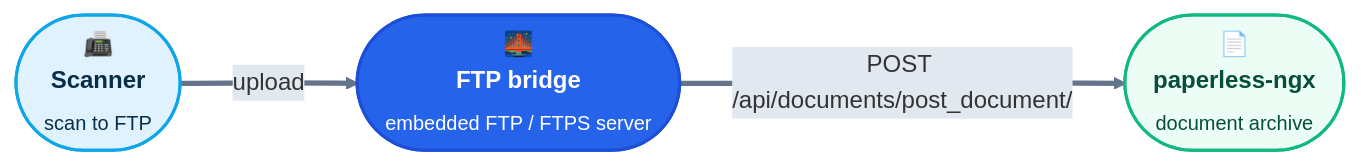
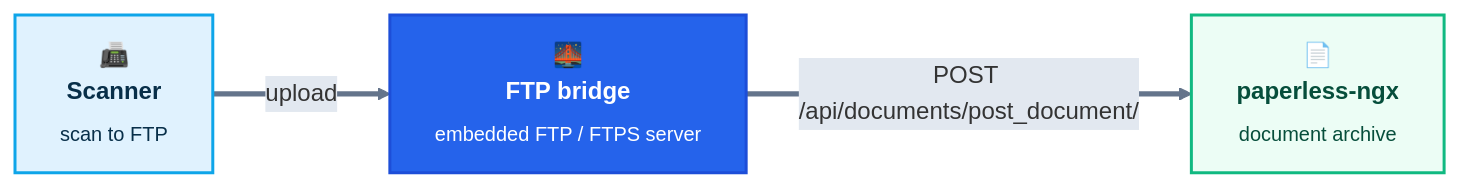
One commit to taskmedia/paperlessngx-ftp-bridge changed the diagram in README.md. Above: the diagram before and after it, drawn with Mermaid.

Commit message:
docs: use rectangle nodes in readme diagram

````diff
--- a/README.md
+++ b/README.md
@@ -21,17 +21,17 @@
 ```mermaid
 %%{init: {"theme": "base", "themeVariables": {"fontFamily": "ui-sans-serif, system-ui, sans-serif", "lineColor": "#64748b", "textColor": "#0f172a", "edgeLabelBackground": "#e2e8f0"}, "flowchart": {"curve": "basis", "nodeSpacing": 50, "rankSpacing": 70}}}%%
 flowchart LR
-    scanner(["📠<br/><b>Scanner</b><br/><sub>scan to FTP</sub>"])
-    bridge(["🌉<br/><b>FTP bridge</b><br/><sub>embedded FTP / FTPS server</sub>"])
-    paperless(["📄<br/><b>paperless-ngx</b><br/><sub>document archive</sub>"])
+    scanner["📠<br/><b>Scanner</b><br/><sub>scan to FTP</sub>"]
+    bridge["🌉<br/><b>FTP bridge</b><br/><sub>embedded FTP / FTPS server</sub>"]
+    paperless["📄<br/><b>paperless-ngx</b><br/><sub>document archive</sub>"]
 
     scanner ==>|"upload"| bridge
     bridge ==>|"POST /api/documents/post_document/"| paperless
 
     classDef edge fill:#e0f2fe,stroke:#0ea5e9,stroke-width:2px,color:#082f49
     classDef core fill:#2563eb,stroke:#1d4ed8,stroke-width:2px,color:#ffffff
     classDef sink fill:#ecfdf5,stroke:#10b981,stroke-width:2px,color:#064e3b
     class scanner edge
     class bridge core
     class paperless sink
 ```
````
